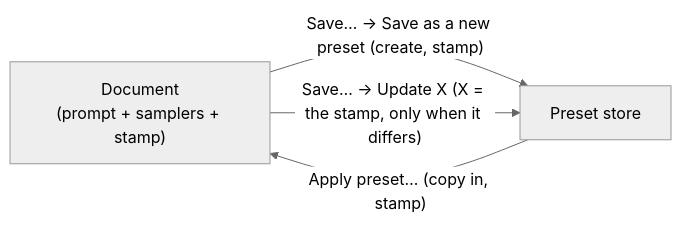
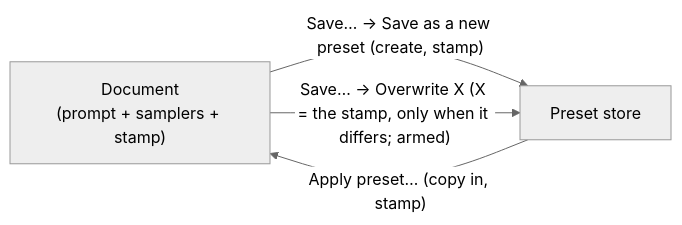
One commit to fblissjr/heylookitsanllm changed the second of 3 diagrams in docs/wiki/frontend_core.md. Above: the diagram before and after it, drawn with Mermaid (neutral theme). The commit also changed other lines of this file and 11 other files, not shown here.

First line of the commit message:
fix(frontend): the Save sheet creates first and arms its overwrite; the Apply sheet says what it is for

````diff
--- a/docs/wiki/frontend_core.md
+++ b/docs/wiki/frontend_core.md
@@ -90,8 +90,8 @@
 ```mermaid
 flowchart LR
     D["Document<br/>(prompt + samplers + stamp)"]
     P["Preset store"]
     P -- "Apply preset… (copy in, stamp)" --> D
     D -- "Save… → Save as a new preset (create, stamp)" --> P
-    D -- "Save… → Update X (X = the stamp, only when it differs)" --> P
+    D -- "Save… → Overwrite X (X = the stamp, only when it differs; armed)" --> P
 ```
````
